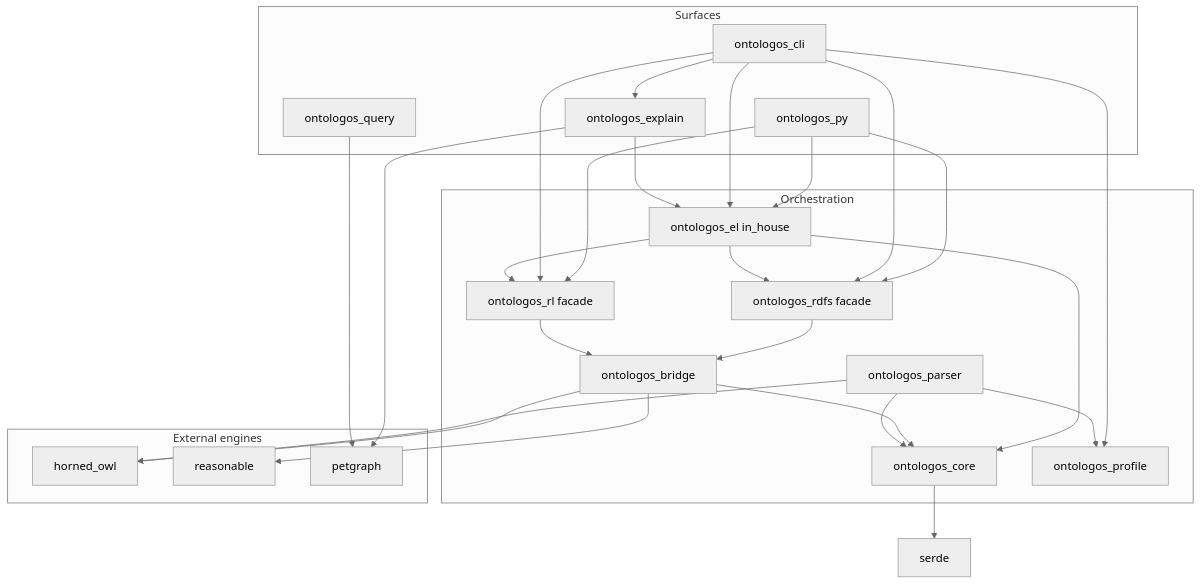
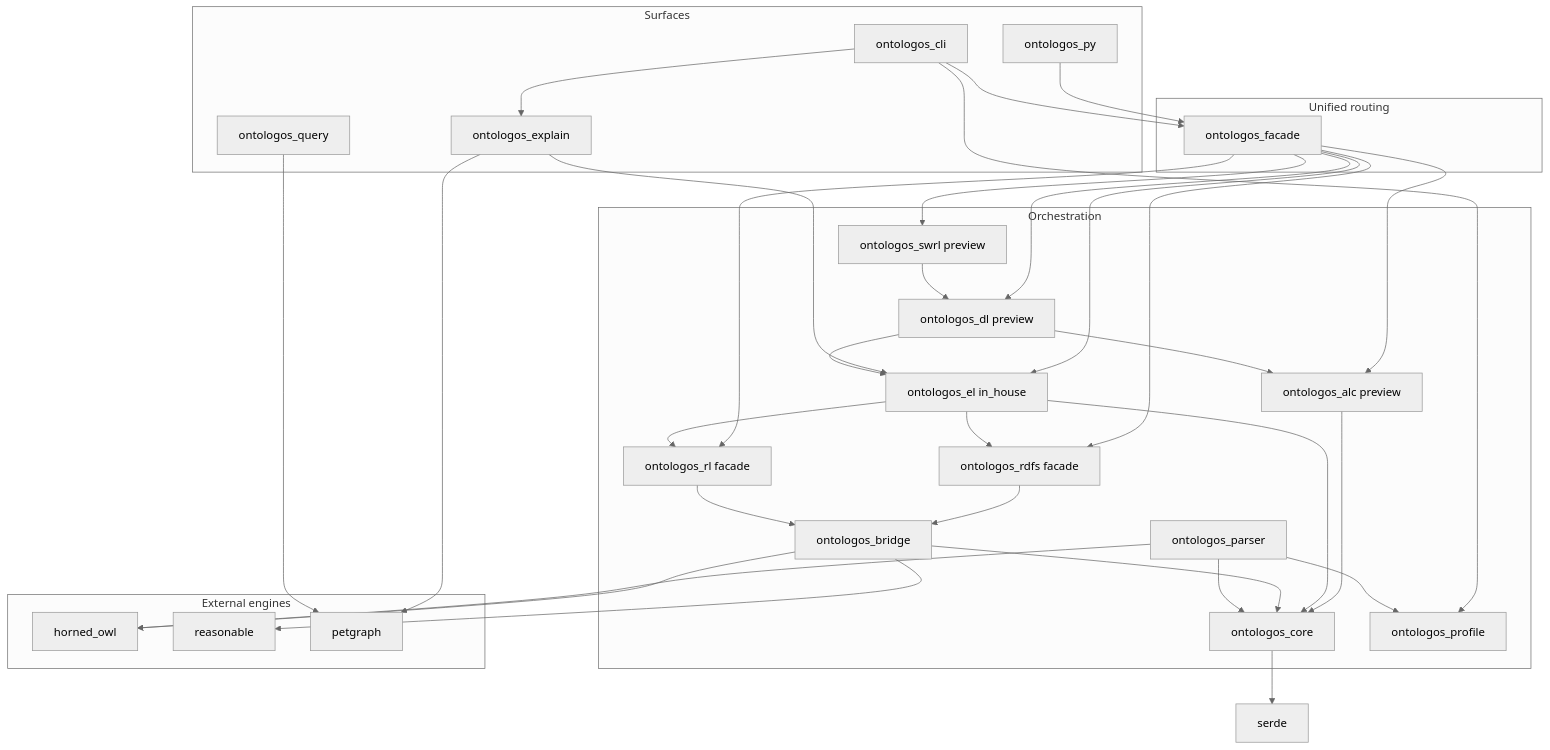
Before and after one commit to eddiethedean/ontologos: the first of 2 diagrams in docs/architecture.md, drawn with Mermaid (neutral theme). The commit also changed other lines of this file and 25 other files, not shown here.

First line of the commit message:
Sync docs with facade/DL preview routing and adoption readiness fixes.

````diff
--- a/docs/architecture.md
+++ b/docs/architecture.md
@@ -7,49 +7,62 @@
 ```mermaid
 flowchart TB
   subgraph surfaces [Surfaces]
     cli[ontologos_cli]
     py[ontologos_py]
     query[ontologos_query]
     explain[ontologos_explain]
+  end
+
+  subgraph routing [Unified routing]
+    facade[ontologos_facade]
   end
 
   subgraph orchestration [Orchestration]
     core[ontologos_core]
     parser[ontologos_parser]
     profile[ontologos_profile]
     bridge[ontologos_bridge]
     rdfs[ontologos_rdfs facade]
     rl[ontologos_rl facade]
     el[ontologos_el in_house]
+    alc[ontologos_alc preview]
+    dl[ontologos_dl preview]
+    swrl[ontologos_swrl preview]
   end
 
   subgraph external [External engines]
     horned[horned_owl]
     reasonable[reasonable]
     petgraph[petgraph]
   end
 
   parser --> horned
   parser --> core
   parser --> profile
   bridge --> horned
   bridge --> reasonable
   bridge --> core
   el --> core
   el --> rdfs
   el --> rl
+  alc --> core
+  dl --> el
+  dl --> alc
+  swrl --> dl
   rl --> bridge
   rdfs --> bridge
   query --> petgraph
   explain --> petgraph
   explain --> el
+  facade --> el
+  facade --> rl
+  facade --> rdfs
+  facade --> alc
+  facade --> dl
+  facade --> swrl
+  cli --> facade
   cli --> profile
-  cli --> el
-  cli --> rl
-  cli --> rdfs
   cli --> explain
-  py --> el
-  py --> rl
-  py --> rdfs
+  py --> facade
   core --> serde
 ```
````
